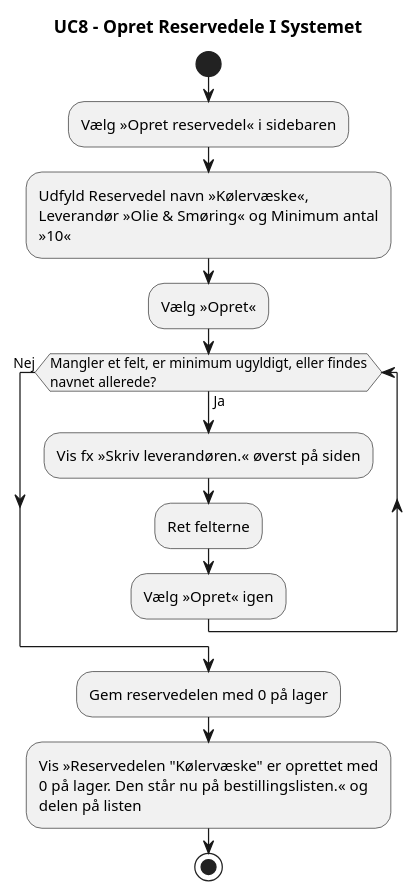
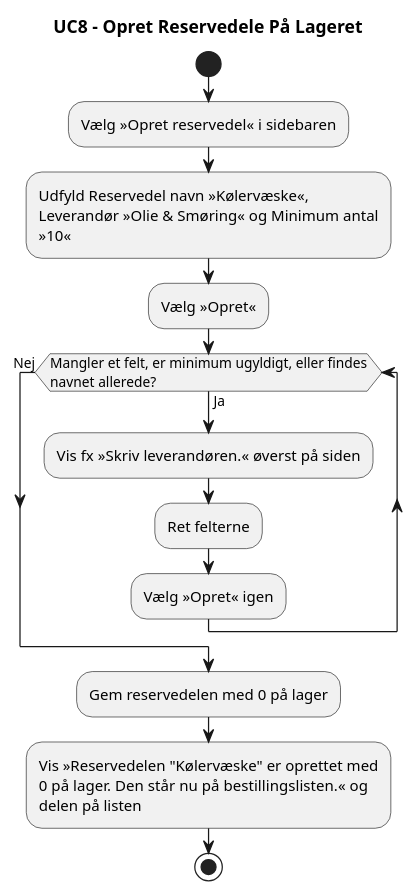
The diagram in 10. Userflow/UC8_opret_reservedele.puml (Zoabz/Getting-Real), drawn with PlantUML before and after one commit. The commit also changed other lines of this file and 45 other files, not shown here.

```diff
--- a/10. Userflow/UC8_opret_reservedele.puml
+++ b/10. Userflow/UC8_opret_reservedele.puml
@@ -2,19 +2,19 @@
 @startuml
-title UC8 - Opret Reservedele I Systemet
+title UC8 - Opret Reservedele På Lageret
 start
 :Vælg »Opret reservedel« i sidebaren;
 :Udfyld Reservedel navn »Kølervæske«,
 Leverandør »Olie & Smøring« og Minimum antal
 »10«;
 :Vælg »Opret«;
 while (Mangler et felt, er minimum ugyldigt, eller findes\nnavnet allerede?) is (Ja)
   :Vis fx »Skriv leverandøren.« øverst på siden;
   :Ret felterne;
   :Vælg »Opret« igen;
 endwhile (Nej)
 :Gem reservedelen med 0 på lager;
 :Vis »Reservedelen "Kølervæske" er oprettet med
 0 på lager. Den står nu på bestillingslisten.« og
 delen på listen;
 stop
 @enduml
```
